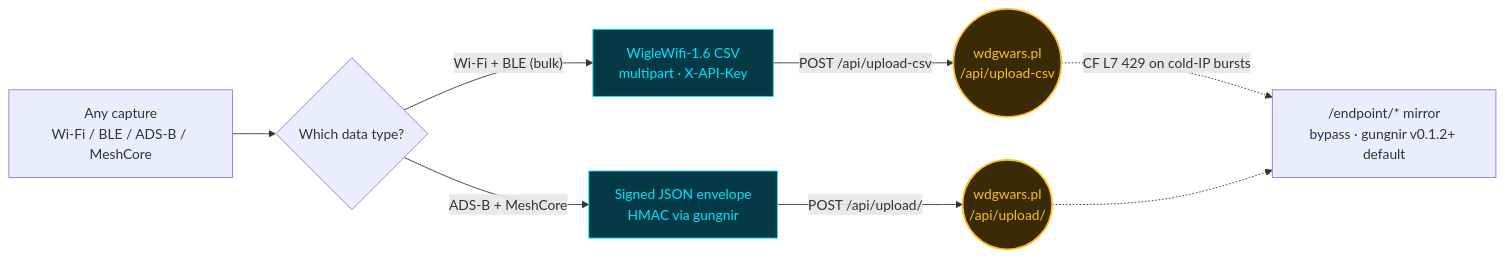
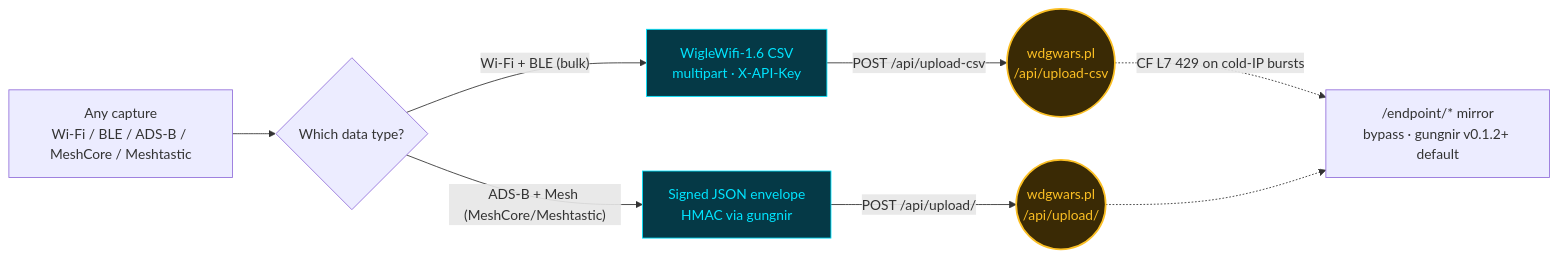
The first of 2 diagrams in docs/survey.md (HiroAlleyCat/wdgo-onramp), drawn with Mermaid before and after one commit. The commit also changed other lines of this file and 4 other files, not shown here.

First line of the commit message:
Document the mesh slot's Meshtastic support (LOCOSP, 2026-08-12)

````diff
--- a/docs/survey.md
+++ b/docs/survey.md
@@ -25,14 +25,14 @@
 ```mermaid
 flowchart LR
-    cap["Any capture<br/>Wi-Fi / BLE / ADS-B / MeshCore"] --> route{"Which data type?"}
+    cap["Any capture<br/>Wi-Fi / BLE / ADS-B / MeshCore / Meshtastic"] --> route{"Which data type?"}
     route -->|"Wi-Fi + BLE (bulk)"| csv["WigleWifi-1.6 CSV<br/>multipart · X-API-Key"]
-    route -->|"ADS-B + MeshCore"| json["Signed JSON envelope<br/>HMAC via gungnir"]
+    route -->|"ADS-B + Mesh (MeshCore/Meshtastic)"| json["Signed JSON envelope<br/>HMAC via gungnir"]
     csv -->|"POST /api/upload-csv"| api(("wdgwars.pl<br/>/api/upload-csv"))
     json -->|"POST /api/upload/"| apij(("wdgwars.pl<br/>/api/upload/"))
     api -.->|"CF L7 429 on cold-IP bursts"| mirror["/endpoint/* mirror<br/>bypass · gungnir v0.1.2+ default"]
     apij -.-> mirror
     classDef dest fill:#3a2a05,stroke:#fbbf24,stroke-width:2px,color:#fbbf24
     classDef pcside fill:#053946,stroke:#00e5ff,color:#00e5ff
     class api,apij dest
     class csv,json pcside
 ```
````
